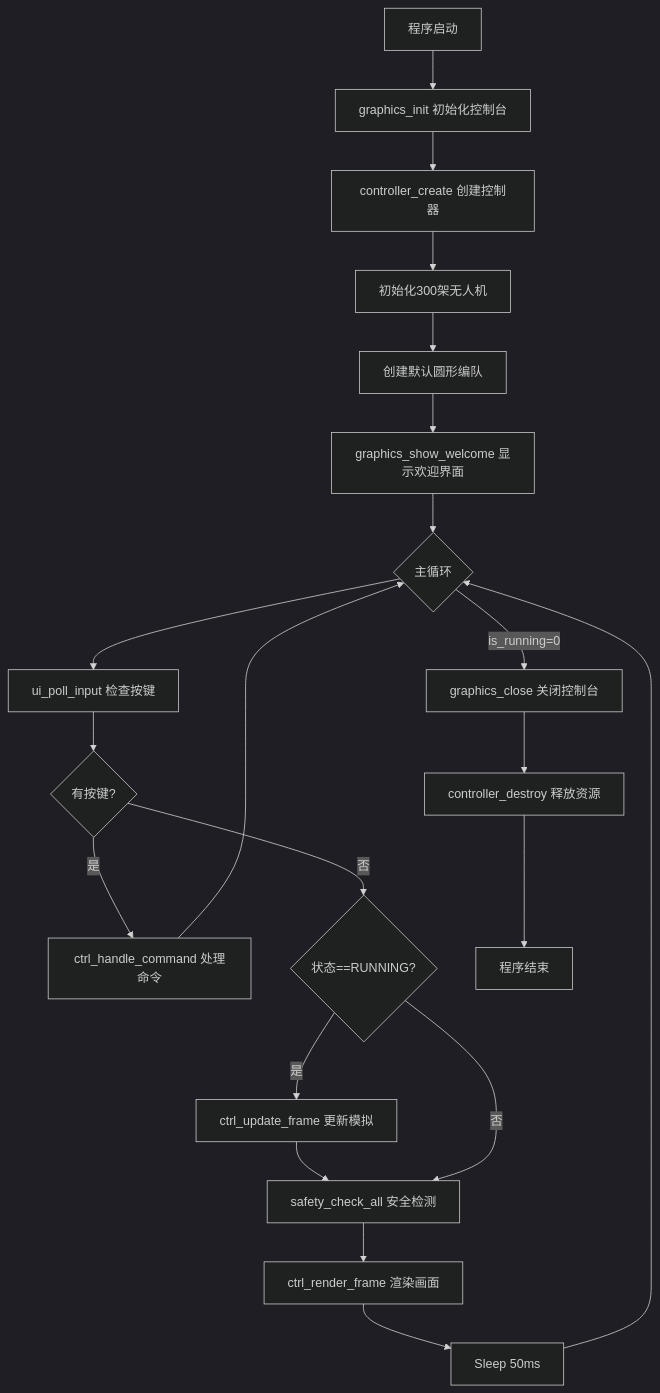
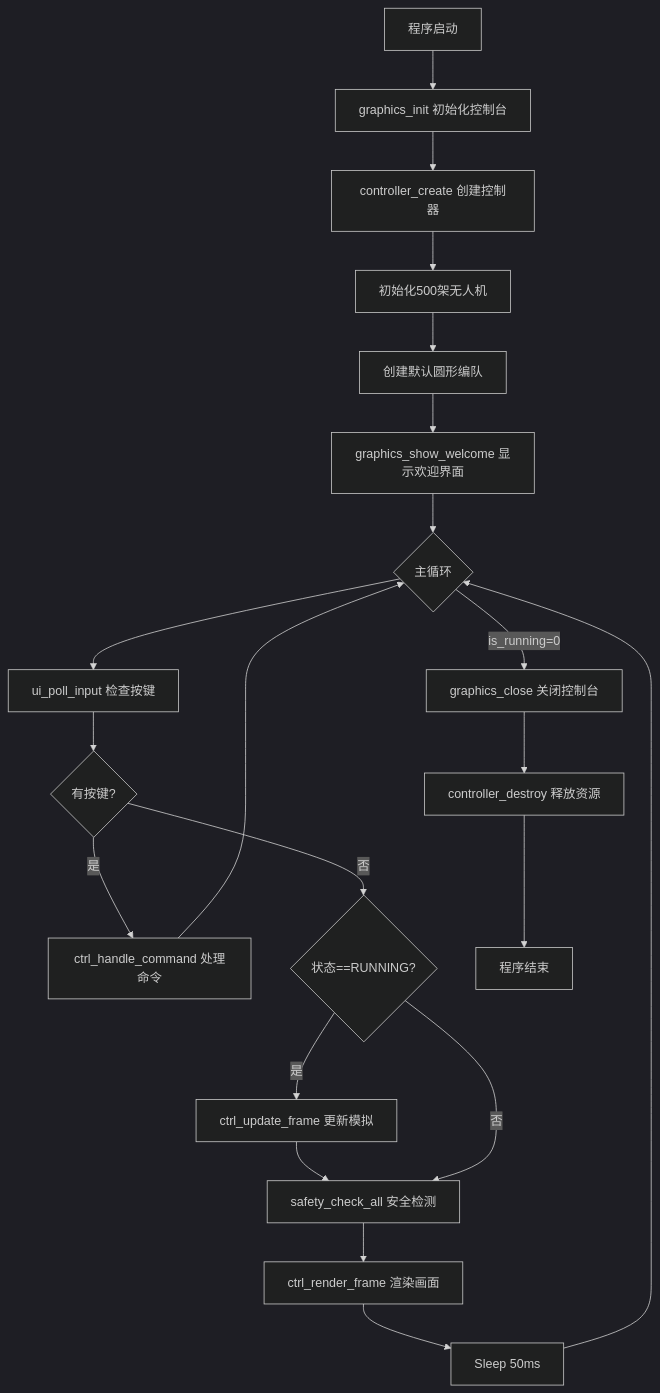
The first of 9 diagrams in flowchart.md (Fpianmu/Drone), drawn with Mermaid (dark theme) before and after one commit. The commit also changed other lines of this file, not shown here.

Commit message:
更新流程图：300→500架、安全检测加入高度信息、文字12x12网格

````diff
--- a/flowchart.md
+++ b/flowchart.md
@@ -5,23 +5,23 @@
 ```mermaid
 flowchart TD
     A[程序启动] --> B[graphics_init 初始化控制台]
     B --> C[controller_create 创建控制器]
-    C --> D[初始化300架无人机]
+    C --> D[初始化500架无人机]
     D --> E[创建默认圆形编队]
     E --> F[graphics_show_welcome 显示欢迎界面]
     F --> G{主循环}
     G --> H[ui_poll_input 检查按键]
     H --> I{有按键?}
     I -->|是| J[ctrl_handle_command 处理命令]
     J --> G
     I -->|否| K{状态==RUNNING?}
     K -->|是| L[ctrl_update_frame 更新模拟]
     L --> M[safety_check_all 安全检测]
     M --> N[ctrl_render_frame 渲染画面]
     N --> O[Sleep 50ms]
     O --> G
     K -->|否| M
     G -->|is_running=0| P[graphics_close 关闭控制台]
     P --> Q[controller_destroy 释放资源]
     Q --> R[程序结束]
 ```
````
